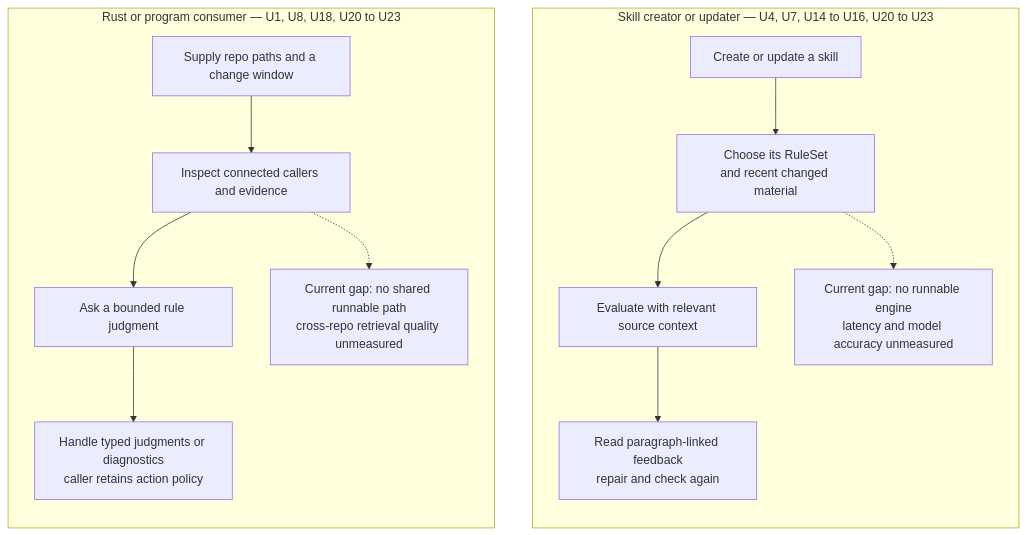
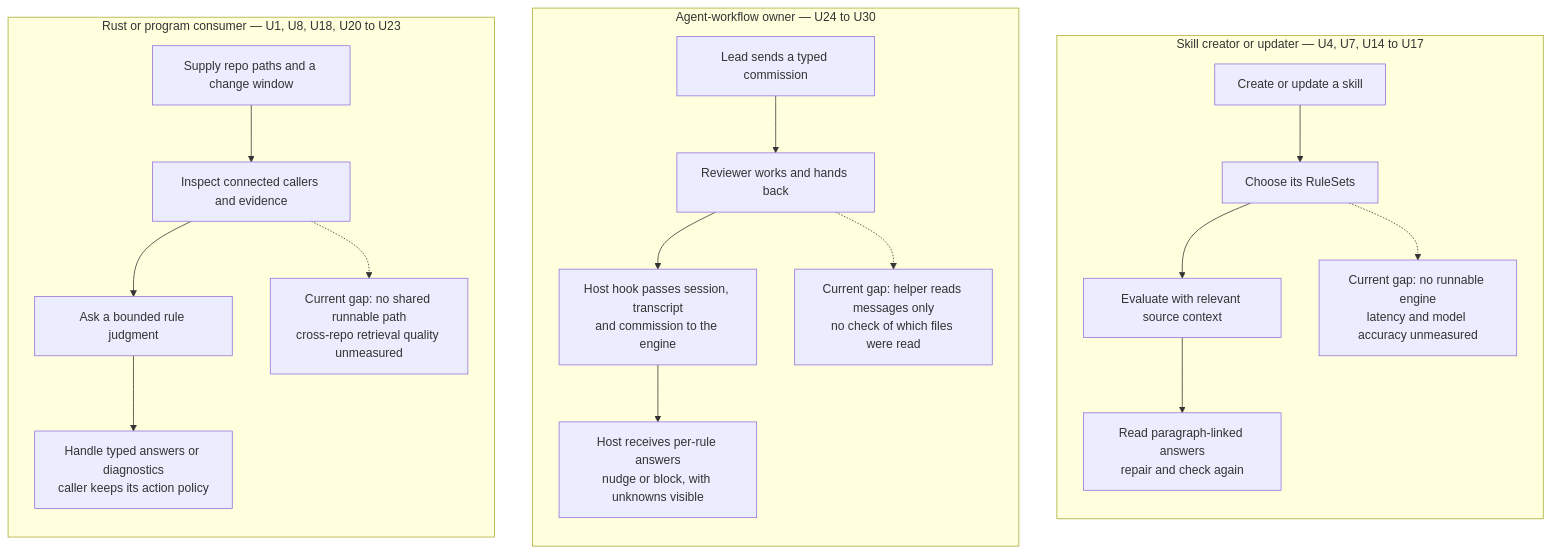
Before and after one commit to ShravanSunder/sunstack-tools: the diagram in docs/specs/2026-10-12-rust-rule-engine/assets/requirements-change-journeys.mmd, drawn with Mermaid. The commit also changed 2 other files, not shown here.

Commit message:
docs: revise rule-engine requirements for hook-invoked monitoring and generic inputs
Add the agent-workflow owner journey and U24-U30 from owner decisions:
thin hook with engine-owned acquisition, RuleSet applicability as ordered
conditions and decisions, per-rule severity, generic conversation evidence,
typed payload inputs, valid discriminated unions and session inputs.
Generalize U15 beyond skill documents. Mark the first-delivery boundary and
remaining owner choices as awaiting confirmation.

```diff
--- a/docs/specs/2026-10-12-rust-rule-engine/assets/requirements-change-journeys.mmd
+++ b/docs/specs/2026-10-12-rust-rule-engine/assets/requirements-change-journeys.mmd
@@ -1,15 +1,22 @@
 flowchart TB
-  subgraph Skill["Skill creator or updater — U4, U7, U14 to U16, U20 to U23"]
+  subgraph Skill["Skill creator or updater — U4, U7, U14 to U17"]
     direction TB
-    S1["Create or update a skill"] --> S2["Choose its RuleSet<br/>and recent changed material"]
+    S1["Create or update a skill"] --> S2["Choose its RuleSets"]
     S2 --> S3["Evaluate with relevant source context"]
-    S3 --> S4["Read paragraph-linked feedback<br/>repair and check again"]
+    S3 --> S4["Read paragraph-linked answers<br/>repair and check again"]
     S2 -.-> SG["Current gap: no runnable engine<br/>latency and model accuracy unmeasured"]
+  end
+  subgraph Monitor["Agent-workflow owner — U24 to U30"]
+    direction TB
+    M1["Lead sends a typed commission"] --> M2["Reviewer works and hands back"]
+    M2 --> M3["Host hook passes session, transcript<br/>and commission to the engine"]
+    M3 --> M4["Host receives per-rule answers<br/>nudge or block, with unknowns visible"]
+    M2 -.-> MG["Current gap: helper reads messages only<br/>no check of which files were read"]
   end
   subgraph Native["Rust or program consumer — U1, U8, U18, U20 to U23"]
     direction TB
     N1["Supply repo paths and a change window"] --> N2["Inspect connected callers and evidence"]
     N2 --> N3["Ask a bounded rule judgment"]
-    N3 --> N4["Handle typed judgments or diagnostics<br/>caller retains action policy"]
+    N3 --> N4["Handle typed answers or diagnostics<br/>caller keeps its action policy"]
     N2 -.-> NG["Current gap: no shared runnable path<br/>cross-repo retrieval quality unmeasured"]
   end
```
